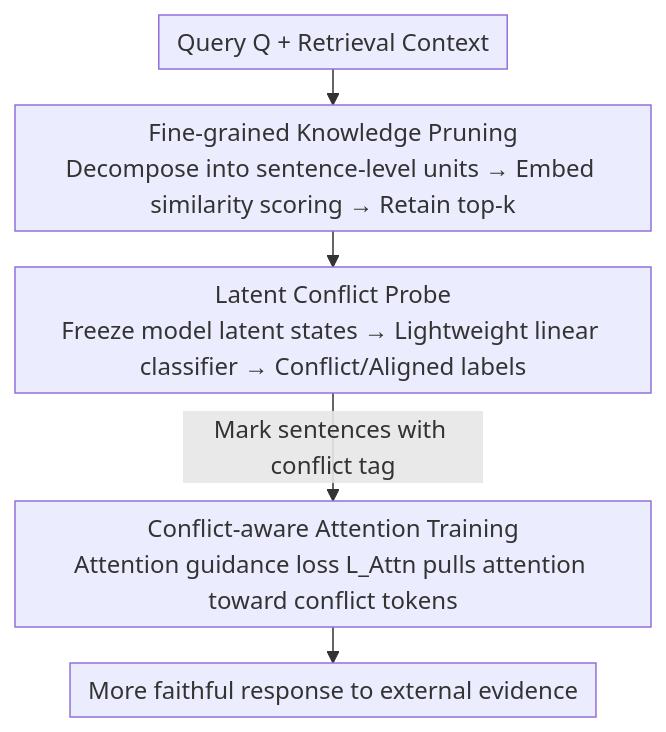
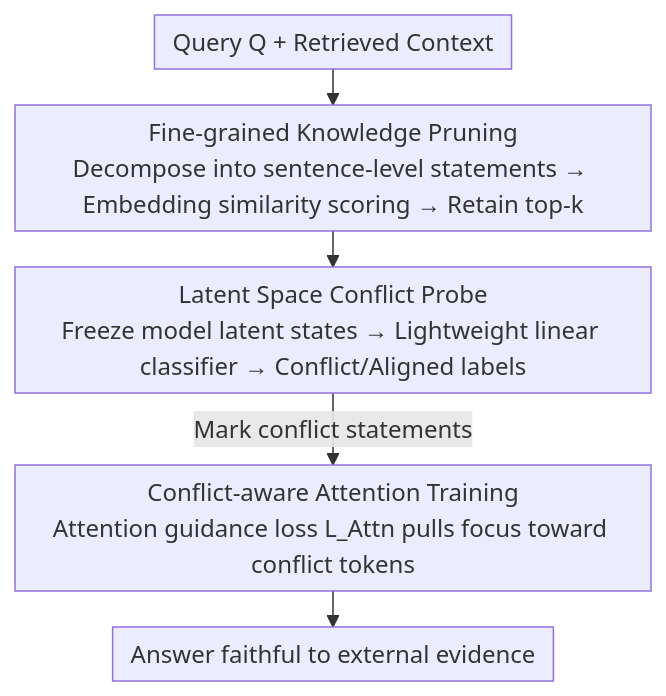
One commit to zhaoyang97/Paper-Notes-en changed the diagram in docs/ACL2026/information_retrieval/beyond_black-box_interventions_latent_probing_for_faithful_retrieval-augmented_g.md. Above: the diagram before and after it, drawn with Mermaid. The commit also changed other lines of this file and 5084 other files, not shown here.

````diff
--- a/docs/ACL2026/information_retrieval/beyond_black-box_interventions_latent_probing_for_faithful_retrieval-augmented_g.md
+++ b/docs/ACL2026/information_retrieval/beyond_black-box_interventions_latent_probing_for_faithful_retrieval-augmented_g.md
@@ -44,8 +44,8 @@
 ```mermaid
 %%{init: {'flowchart': {'rankSpacing': 24, 'nodeSpacing': 28, 'padding': 6, 'wrappingWidth': 400}}}%%
 flowchart TD
-    A["Query Q + Retrieval Context"] --> B["Fine-grained Knowledge Pruning<br/>Decompose into sentence-level units → Embed similarity scoring → Retain top-k"]
-    B --> C["Latent Conflict Probe<br/>Freeze model latent states → Lightweight linear classifier → Conflict/Aligned labels"]
-    C -->|Mark sentences with conflict tag| D["Conflict-aware Attention Training<br/>Attention guidance loss L_Attn pulls attention toward conflict tokens"]
-    D --> E["More faithful response to external evidence"]
+    A["Query Q + Retrieved Context"] --> B["Fine-grained Knowledge Pruning<br/>Decompose into sentence-level statements → Embedding similarity scoring → Retain top-k"]
+    B --> C["Latent Space Conflict Probe<br/>Freeze model latent states → Lightweight linear classifier → Conflict/Aligned labels"]
+    C -->|Mark conflict statements| D["Conflict-aware Attention Training<br/>Attention guidance loss L_Attn pulls focus toward conflict tokens"]
+    D --> E["Answer faithful to external evidence"]
 ```
````
